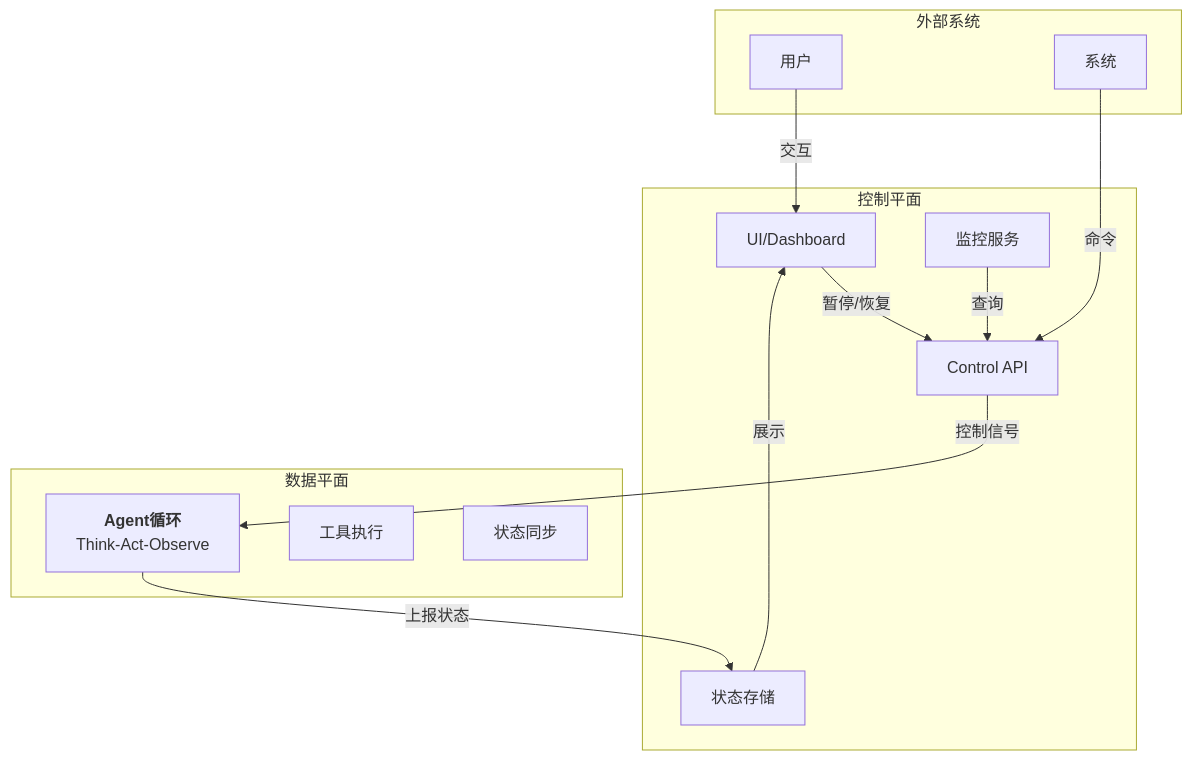
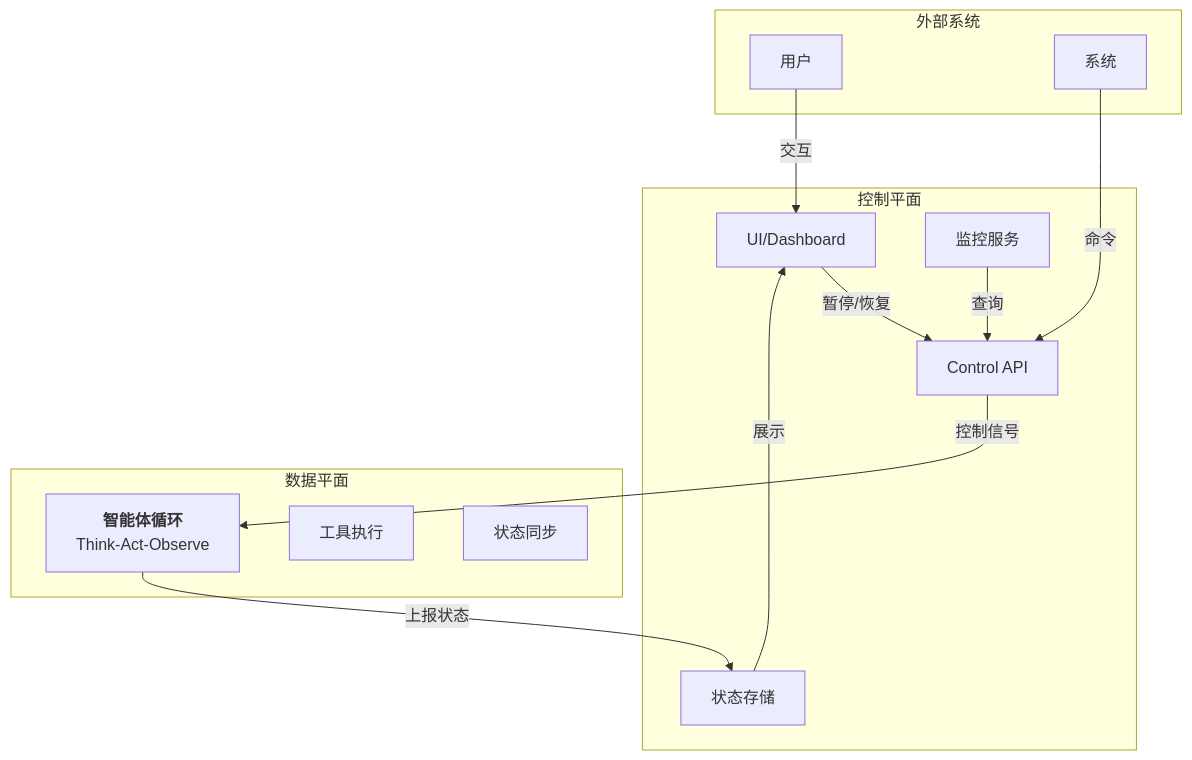
Before and after one commit to yeasy/harness_engineering_guide: the diagram in 04_runtime/4.8_realtime_control.md, drawn with Mermaid. The commit also changed other lines of this file and 57 other files, not shown here.

````diff
--- a/04_runtime/4.8_realtime_control.md
+++ b/04_runtime/4.8_realtime_control.md
@@ -14,28 +14,28 @@
 ```mermaid
 graph TB
     subgraph ControlPlane["控制平面"]
         UI["UI/Dashboard"]
         Monitor["监控服务"]
         API["Control API"]
         StateStore["状态存储"]
     end
 
     subgraph DataPlane["数据平面"]
-        AgentLoop["<b>Agent循环</b><br/>Think-Act-Observe"]
+        AgentLoop["<b>智能体循环</b><br/>Think-Act-Observe"]
         ToolExec["工具执行"]
         StateSync["状态同步"]
     end
 
     subgraph External["外部系统"]
         User["用户"]
         System["系统"]
     end
 
     UI -->|暂停/恢复| API
     Monitor -->|查询| API
     API -->|控制信号| AgentLoop
     AgentLoop -->|上报状态| StateStore
     StateStore -->|展示| UI
     User -->|交互| UI
     System -->|命令| API
 ```
````
